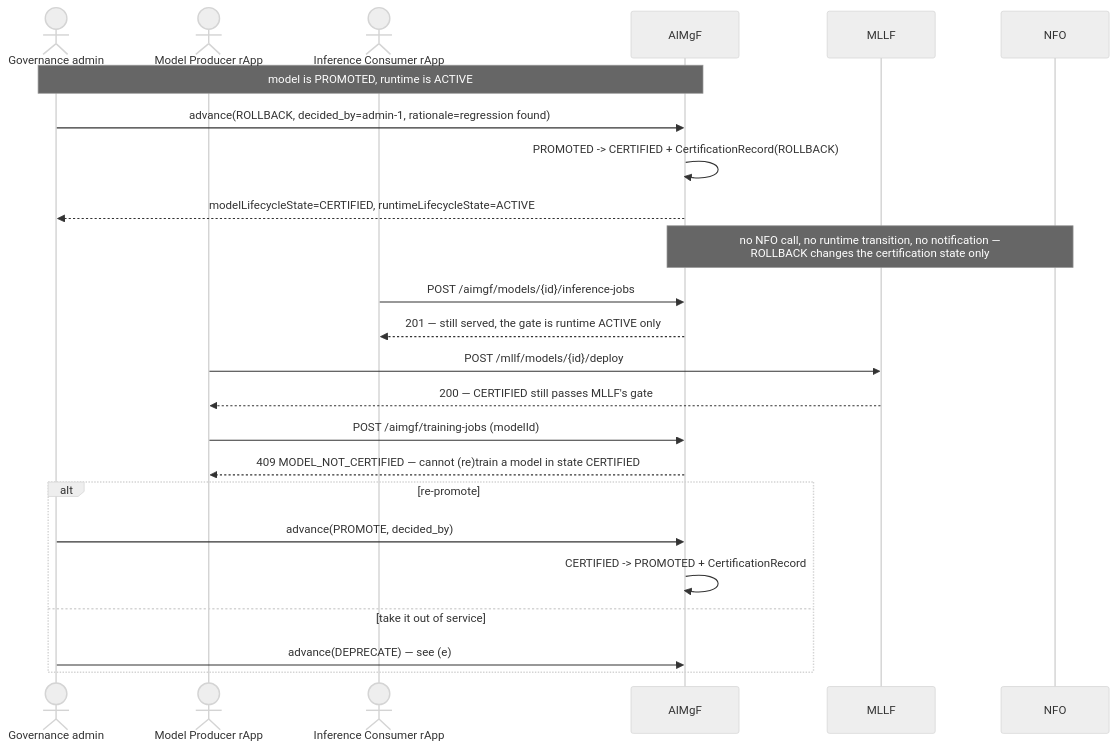
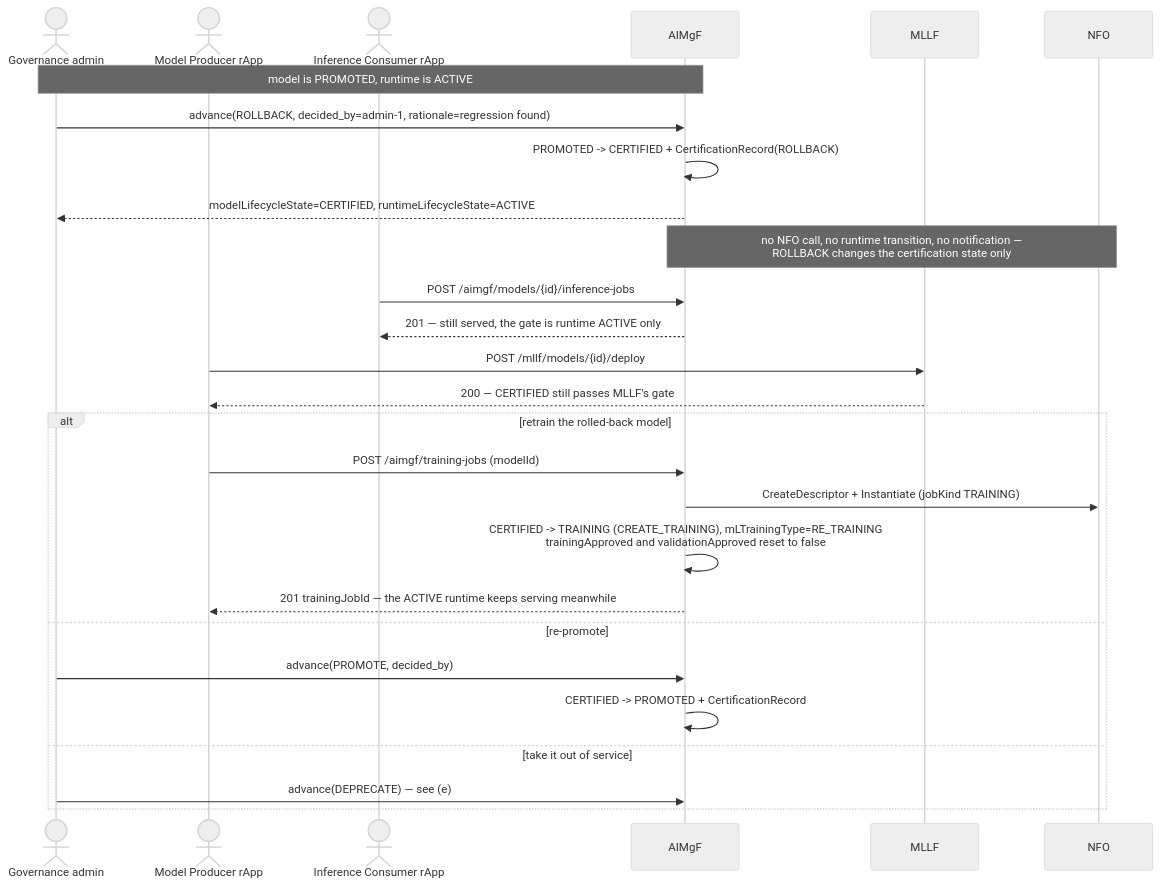
Before and after one commit to rsys-bshankar/ai-ran-ref: the third of 5 diagrams in smo/docs/call-flows/26-model-governance-and-end-of-life.md, drawn with Mermaid (neutral theme). The commit also changed other lines of this file and 46 other files, not shown here.

````diff
--- a/smo/docs/call-flows/26-model-governance-and-end-of-life.md
+++ b/smo/docs/call-flows/26-model-governance-and-end-of-life.md
@@ -146,30 +158,32 @@
 ```mermaid
 sequenceDiagram
     actor Admin as Governance admin
     actor Producer as Model Producer rApp
     actor Consumer as Inference Consumer rApp
     participant AIMgF as AIMgF
     participant MLLF as MLLF
     participant NFO as NFO
 
     Note over Admin,AIMgF: model is PROMOTED, runtime is ACTIVE
     Admin->>AIMgF: advance(ROLLBACK, decided_by=admin-1, rationale=regression found)
     AIMgF->>AIMgF: PROMOTED -> CERTIFIED + CertificationRecord(ROLLBACK)
     AIMgF-->>Admin: modelLifecycleState=CERTIFIED, runtimeLifecycleState=ACTIVE
     Note over AIMgF,NFO: no NFO call, no runtime transition, no notification —<br/>ROLLBACK changes the certification state only
 
     Consumer->>AIMgF: POST /aimgf/models/{id}/inference-jobs
     AIMgF-->>Consumer: 201 — still served, the gate is runtime ACTIVE only
     Producer->>MLLF: POST /mllf/models/{id}/deploy
     MLLF-->>Producer: 200 — CERTIFIED still passes MLLF's gate
 
-    Producer->>AIMgF: POST /aimgf/training-jobs (modelId)
-    AIMgF-->>Producer: 409 MODEL_NOT_CERTIFIED — cannot (re)train a model in state CERTIFIED
-
-    alt re-promote
+    alt retrain the rolled-back model
+        Producer->>AIMgF: POST /aimgf/training-jobs (modelId)
+        AIMgF->>NFO: CreateDescriptor + Instantiate (jobKind TRAINING)
+        AIMgF->>AIMgF: CERTIFIED -> TRAINING (CREATE_TRAINING), mLTrainingType=RE_TRAINING<br/>trainingApproved and validationApproved reset to false
+        AIMgF-->>Producer: 201 trainingJobId — the ACTIVE runtime keeps serving meanwhile
+    else re-promote
         Admin->>AIMgF: advance(PROMOTE, decided_by)
         AIMgF->>AIMgF: CERTIFIED -> PROMOTED + CertificationRecord
     else take it out of service
         Admin->>AIMgF: advance(DEPRECATE) — see (e)
     end
 ```
````
